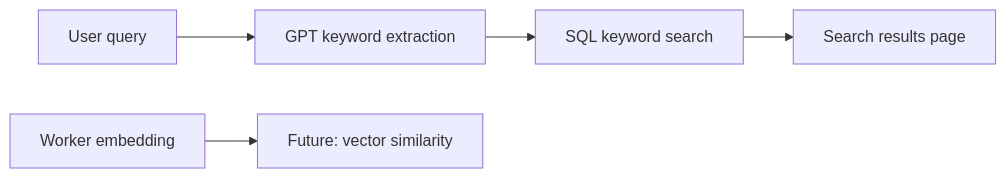
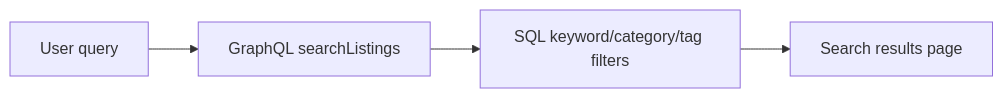
One commit to p8queiroz/corre-store changed the fourth of 6 diagrams in docs/PROJECT.md. Above: the diagram before and after it, drawn with Mermaid. The commit also changed other lines of this file and 11 other files, not shown here.

````diff
--- a/docs/PROJECT.md
+++ b/docs/PROJECT.md
@@ -633,7 +633,6 @@
 ```mermaid
 flowchart LR
-  A[User query] --> B[GPT keyword extraction]
-  B --> C[SQL keyword search]
-  D[Worker embedding] --> E[Future: vector similarity]
-  C --> F[Search results page]
+  A[User query] --> B[GraphQL searchListings]
+  B --> C[SQL keyword/category/tag filters]
+  C --> D[Search results page]
 ```
````
